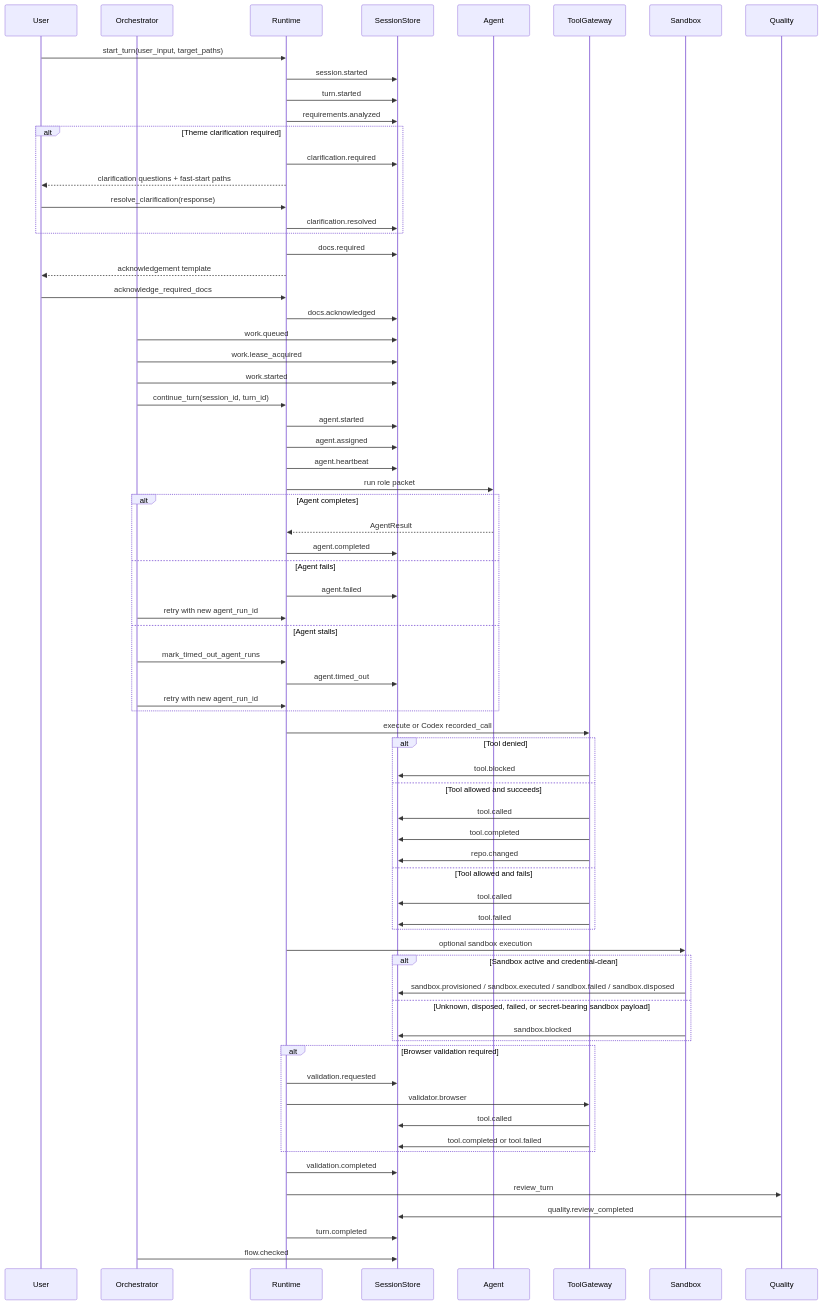
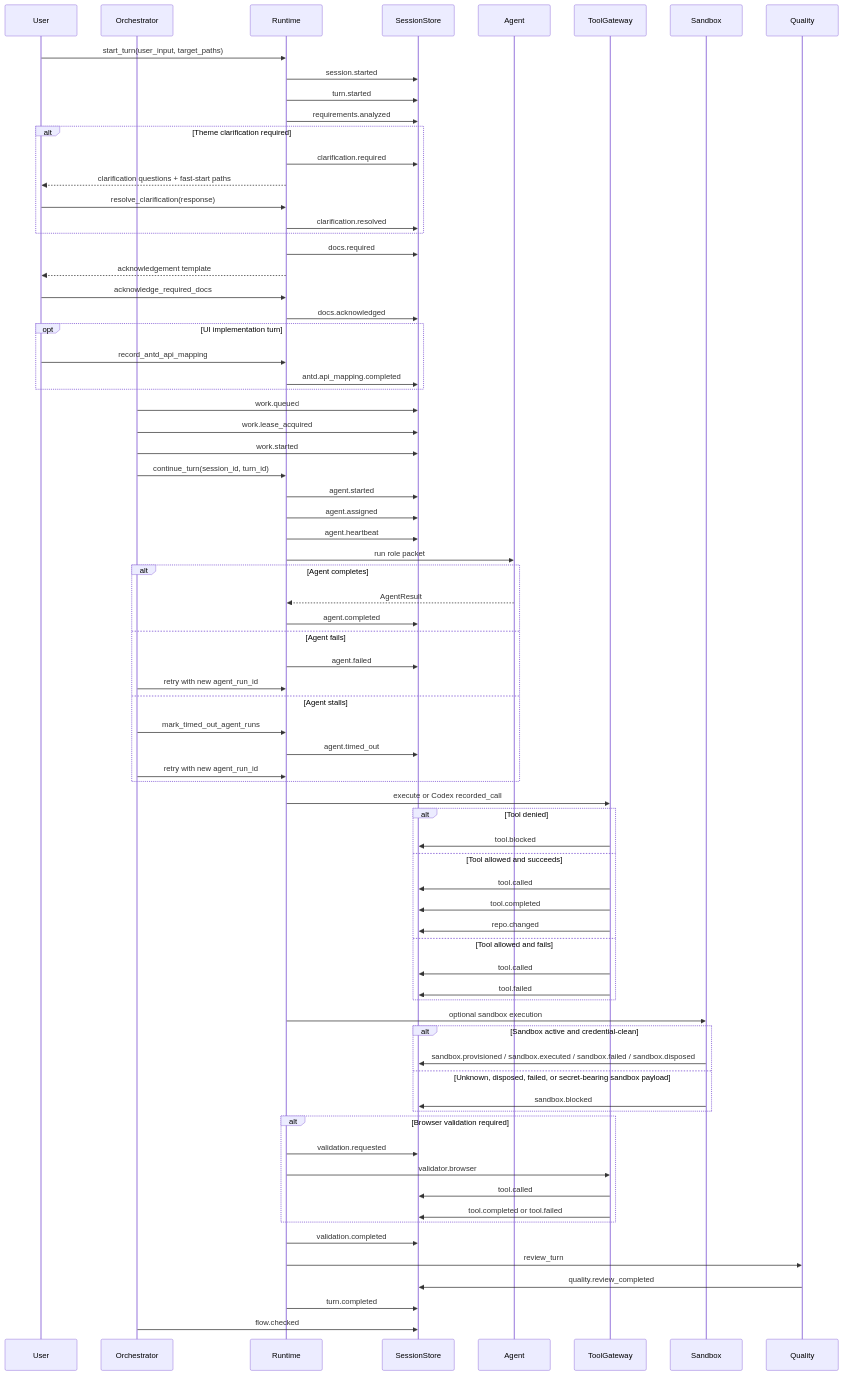
One commit to blackstarzck/v12 changed the second of 2 diagrams in docs/harness/execution-flow.md. Above: the diagram before and after it, drawn with Mermaid. The commit also changed other lines of this file and 101 other files, not shown here.

````diff
--- a/docs/harness/execution-flow.md
+++ b/docs/harness/execution-flow.md
@@ -122,73 +129,77 @@
 ```mermaid
 sequenceDiagram
     participant User
     participant Orchestrator
     participant Runtime
     participant SessionStore
     participant Agent
     participant ToolGateway
     participant Sandbox
     participant Quality
 
     User->>Runtime: start_turn(user_input, target_paths)
     Runtime->>SessionStore: session.started
     Runtime->>SessionStore: turn.started
     Runtime->>SessionStore: requirements.analyzed
     alt Theme clarification required
         Runtime->>SessionStore: clarification.required
         Runtime-->>User: clarification questions + fast-start paths
         User->>Runtime: resolve_clarification(response)
         Runtime->>SessionStore: clarification.resolved
     end
     Runtime->>SessionStore: docs.required
     Runtime-->>User: acknowledgement template
     User->>Runtime: acknowledge_required_docs
     Runtime->>SessionStore: docs.acknowledged
+    opt UI implementation turn
+        User->>Runtime: record_antd_api_mapping
+        Runtime->>SessionStore: antd.api_mapping.completed
+    end
     Orchestrator->>SessionStore: work.queued
     Orchestrator->>SessionStore: work.lease_acquired
     Orchestrator->>SessionStore: work.started
     Orchestrator->>Runtime: continue_turn(session_id, turn_id)
     Runtime->>SessionStore: agent.started
     Runtime->>SessionStore: agent.assigned
     Runtime->>SessionStore: agent.heartbeat
     Runtime->>Agent: run role packet
     alt Agent completes
         Agent-->>Runtime: AgentResult
         Runtime->>SessionStore: agent.completed
     else Agent fails
         Runtime->>SessionStore: agent.failed
         Orchestrator->>Runtime: retry with new agent_run_id
     else Agent stalls
         Orchestrator->>Runtime: mark_timed_out_agent_runs
         Runtime->>SessionStore: agent.timed_out
         Orchestrator->>Runtime: retry with new agent_run_id
     end
     Runtime->>ToolGateway: execute or Codex recorded_call
     alt Tool denied
         ToolGateway->>SessionStore: tool.blocked
     else Tool allowed and succeeds
         ToolGateway->>SessionStore: tool.called
         ToolGateway->>SessionStore: tool.completed
         ToolGateway->>SessionStore: repo.changed
     else Tool allowed and fails
         ToolGateway->>SessionStore: tool.called
         ToolGateway->>SessionStore: tool.failed
     end
     Runtime->>Sandbox: optional sandbox execution
     alt Sandbox active and credential-clean
         Sandbox->>SessionStore: sandbox.provisioned / sandbox.executed / sandbox.failed / sandbox.disposed
     else Unknown, disposed, failed, or secret-bearing sandbox payload
         Sandbox->>SessionStore: sandbox.blocked
     end
     alt Browser validation required
         Runtime->>SessionStore: validation.requested
         Runtime->>ToolGateway: validator.browser
         ToolGateway->>SessionStore: tool.called
         ToolGateway->>SessionStore: tool.completed or tool.failed
     end
     Runtime->>SessionStore: validation.completed
     Runtime->>Quality: review_turn
     Quality->>SessionStore: quality.review_completed
     Runtime->>SessionStore: turn.completed
     Orchestrator->>SessionStore: flow.checked
 ```
````
